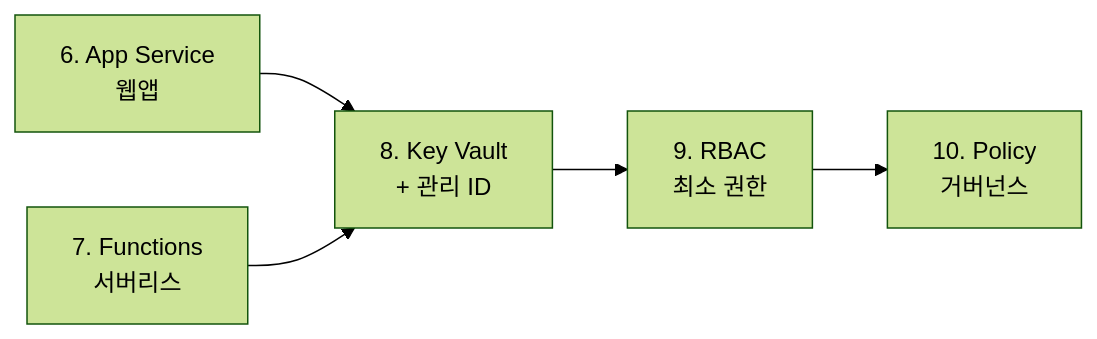
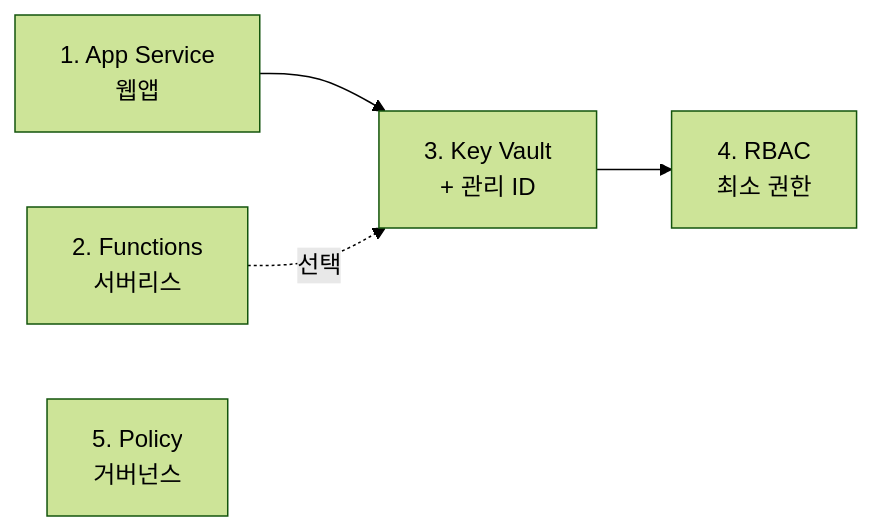
One commit to Taeyangmoon/azure-paas-lab changed the diagram in README.md. Above: the diagram before and after it, drawn with Mermaid (forest theme). The commit also changed other lines of this file and 15 other files, not shown here.

````diff
--- a/README.md
+++ b/README.md
@@ -23,7 +23,7 @@
 ```mermaid
 flowchart LR
-  A[6. App Service<br/>웹앱] --> C
-  B[7. Functions<br/>서버리스] --> C
-  C[8. Key Vault<br/>+ 관리 ID] --> D[9. RBAC<br/>최소 권한]
-  D --> E[10. Policy<br/>거버넌스]
+  A[1. App Service<br/>웹앱] --> C
+  B[2. Functions<br/>서버리스] -.선택.-> C
+  C[3. Key Vault<br/>+ 관리 ID] --> D[4. RBAC<br/>최소 권한]
+  E[5. Policy<br/>거버넌스]
 ```
````
